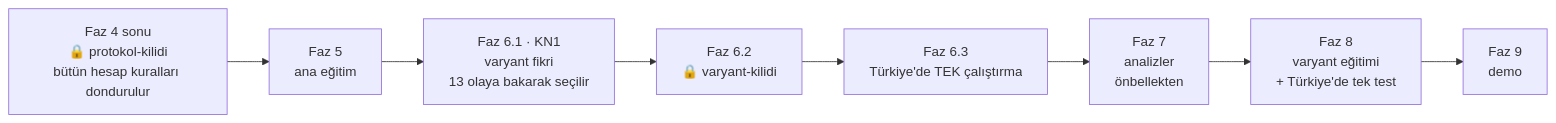
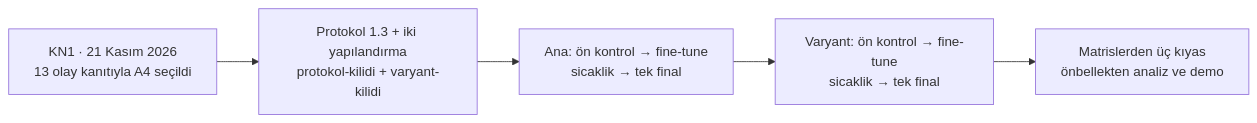
The fourth of 7 diagrams in docs/proje-haritasi.md (OgzhnTarhn/deprem-hasar-haritasi), drawn with Mermaid before and after one commit. The commit also changed other lines of this file and 2 other files, not shown here.

Commit message:
Ders kitabına fine-tune ve SAR artırımı dersini ekle

````diff
--- a/docs/proje-haritasi.md
+++ b/docs/proje-haritasi.md
@@ -188,10 +186,7 @@
 ```mermaid
 flowchart LR
-    P["Faz 4 sonu<br/>🔒 protokol-kilidi<br/>bütün hesap kuralları dondurulur"] --> A["Faz 5<br/>ana eğitim"]
-    A --> K["Faz 6.1 · KN1<br/>varyant fikri<br/>13 olaya bakarak seçilir"]
-    K --> V["Faz 6.2<br/>🔒 varyant-kilidi"]
-    V --> T["Faz 6.3<br/>Türkiye'de TEK çalıştırma"]
-    T --> N["Faz 7<br/>analizler<br/>önbellekten"]
-    N --> W["Faz 8<br/>varyant eğitimi<br/>+ Türkiye'de tek test"]
-    W --> D["Faz 9<br/>demo"]
+    K["KN1 · 21 Kasım 2026<br/>13 olay kanıtıyla A4 seçildi"] --> P["Protokol 1.3 + iki yapılandırma<br/>protokol-kilidi + varyant-kilidi"]
+    P --> A["Ana: ön kontrol → fine-tune<br/>sicaklik → tek final"]
+    A --> V["Varyant: ön kontrol → fine-tune<br/>sicaklik → tek final"]
+    V --> C["Matrislerden üç kıyas<br/>önbellekten analiz ve demo"]
 ```
````
